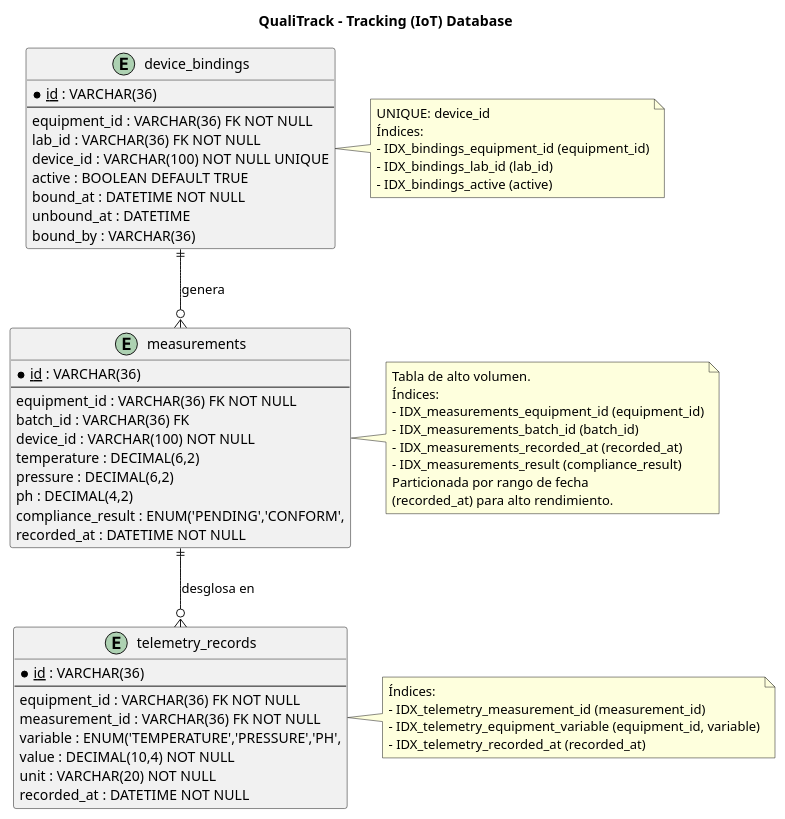
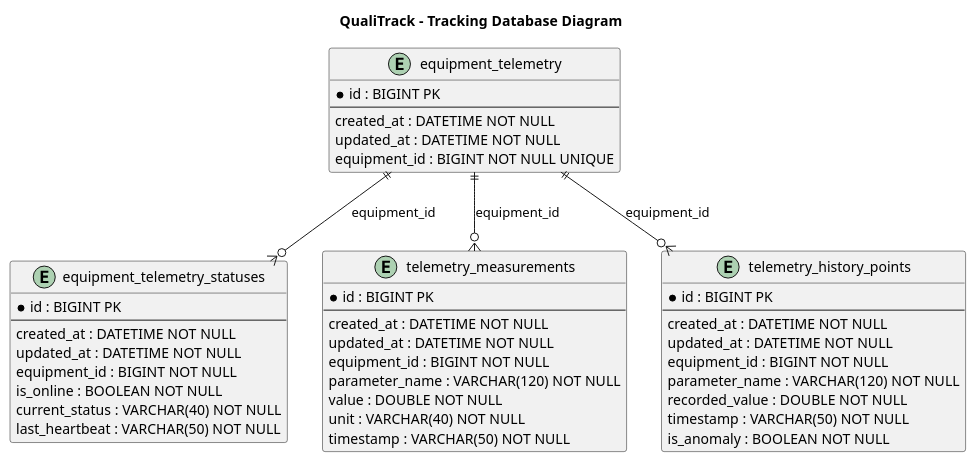
Before and after one commit to ClosedSource-11848/qualitrack-platform: the diagram in docs/diagrams/tracking/tracking-database-diagram.puml, drawn with PlantUML. The commit also changed 18 other files, not shown here.

Commit message:
docs(docs): fix backend and data base diagrams.

```diff
--- a/docs/diagrams/tracking/tracking-database-diagram.puml
+++ b/docs/diagrams/tracking/tracking-database-diagram.puml
@@ -1,75 +1,55 @@
 @startuml tracking-database-diagram
-title QualiTrack – Tracking (IoT) Database
+
+title QualiTrack - Tracking Database Diagram
 
 hide methods
 hide stereotypes
 
-entity "device_bindings" {
-  * <u>id</u> : VARCHAR(36)
+entity "equipment_telemetry" {
+  * id : BIGINT PK
   --
-  equipment_id : VARCHAR(36) FK NOT NULL
-  lab_id : VARCHAR(36) FK NOT NULL
-  device_id : VARCHAR(100) NOT NULL UNIQUE
-  active : BOOLEAN DEFAULT TRUE
-  bound_at : DATETIME NOT NULL
-  unbound_at : DATETIME
-  bound_by : VARCHAR(36)
+  created_at : DATETIME NOT NULL
+  updated_at : DATETIME NOT NULL
+  equipment_id : BIGINT NOT NULL UNIQUE
 }
 
-entity "measurements" {
-  * <u>id</u> : VARCHAR(36)
+entity "equipment_telemetry_statuses" {
+  * id : BIGINT PK
   --
-  equipment_id : VARCHAR(36) FK NOT NULL
-  batch_id : VARCHAR(36) FK
-  device_id : VARCHAR(100) NOT NULL
-  temperature : DECIMAL(6,2)
-  pressure : DECIMAL(6,2)
-  ph : DECIMAL(4,2)
-  compliance_result : ENUM('PENDING','CONFORM',
-    'DEVIATION',
-    'CRITICAL_DEVIATION') DEFAULT 'PENDING'
-  recorded_at : DATETIME NOT NULL
+  created_at : DATETIME NOT NULL
+  updated_at : DATETIME NOT NULL
+  equipment_id : BIGINT NOT NULL
+  is_online : BOOLEAN NOT NULL
+  current_status : VARCHAR(40) NOT NULL
+  last_heartbeat : VARCHAR(50) NOT NULL
 }
 
-entity "telemetry_records" {
-  * <u>id</u> : VARCHAR(36)
+entity "telemetry_measurements" {
+  * id : BIGINT PK
   --
-  equipment_id : VARCHAR(36) FK NOT NULL
-  measurement_id : VARCHAR(36) FK NOT NULL
-  variable : ENUM('TEMPERATURE','PRESSURE','PH',
-    'HUMIDITY','FLOW_RATE') NOT NULL
-  value : DECIMAL(10,4) NOT NULL
-  unit : VARCHAR(20) NOT NULL
-  recorded_at : DATETIME NOT NULL
+  created_at : DATETIME NOT NULL
+  updated_at : DATETIME NOT NULL
+  equipment_id : BIGINT NOT NULL
+  parameter_name : VARCHAR(120) NOT NULL
+  value : DOUBLE NOT NULL
+  unit : VARCHAR(40) NOT NULL
+  timestamp : VARCHAR(50) NOT NULL
 }
 
-device_bindings ||--o{ measurements : "genera"
-measurements ||--o{ telemetry_records : "desglosa en"
+entity "telemetry_history_points" {
+  * id : BIGINT PK
+  --
+  created_at : DATETIME NOT NULL
+  updated_at : DATETIME NOT NULL
+  equipment_id : BIGINT NOT NULL
+  parameter_name : VARCHAR(120) NOT NULL
+  recorded_value : DOUBLE NOT NULL
+  timestamp : VARCHAR(50) NOT NULL
+  is_anomaly : BOOLEAN NOT NULL
+}
 
-note right of measurements
-  Tabla de alto volumen.
-  Índices:
-  - IDX_measurements_equipment_id (equipment_id)
-  - IDX_measurements_batch_id (batch_id)
-  - IDX_measurements_recorded_at (recorded_at)
-  - IDX_measurements_result (compliance_result)
-  Particionada por rango de fecha
-  (recorded_at) para alto rendimiento.
-end note
-
-note right of device_bindings
-  UNIQUE: device_id
-  Índices:
-  - IDX_bindings_equipment_id (equipment_id)
-  - IDX_bindings_lab_id (lab_id)
-  - IDX_bindings_active (active)
-end note
-
-note right of telemetry_records
-  Índices:
-  - IDX_telemetry_measurement_id (measurement_id)
-  - IDX_telemetry_equipment_variable (equipment_id, variable)
-  - IDX_telemetry_recorded_at (recorded_at)
-end note
+equipment_telemetry ||--o{ equipment_telemetry_statuses : equipment_id
+equipment_telemetry ||--o{ telemetry_measurements : equipment_id
+equipment_telemetry ||--o{ telemetry_history_points : equipment_id
 
 @enduml
```
